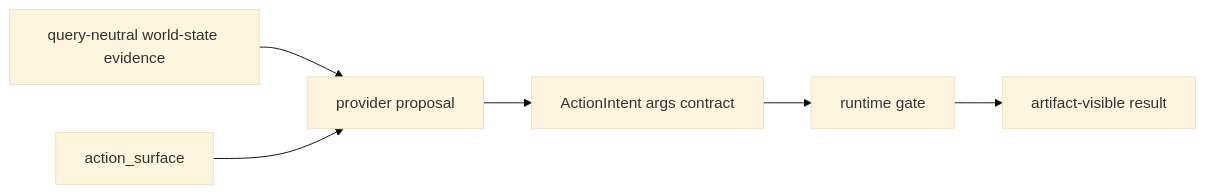
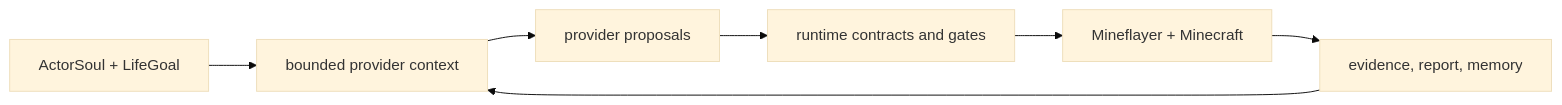
One commit to gigio1023/minecraft-llm-agent-community changed the first of 2 diagrams in README.md. Above: the diagram before and after it, drawn with Mermaid (base theme). The commit also changed other lines of this file and 188 other files, not shown here.

First line of the commit message:
[codex] Align runtime retry, docs, and observation context architecture (#29)

````diff
--- a/README.md
+++ b/README.md
@@ -101,15 +58,16 @@
 ```mermaid
 flowchart LR
-  Observation["query-neutral world-state evidence"]
-  Contract["ActionIntent args contract"]
-  Surface["action_surface"]
-  Provider["provider proposal"]
-  Runtime["runtime gate"]
-  Evidence["artifact-visible result"]
+  Soul["ActorSoul + LifeGoal"]
+  Context["bounded provider context"]
+  Provider["provider proposals"]
+  Runtime["runtime contracts and gates"]
+  Minecraft["Mineflayer + Minecraft"]
+  Evidence["evidence, report, memory"]
 
-  Observation --> Provider
-  Surface --> Provider
-  Provider --> Contract
-  Contract --> Runtime
-  Runtime --> Evidence
+  Soul --> Context
+  Evidence --> Context
+  Context --> Provider
+  Provider --> Runtime
+  Runtime --> Minecraft
+  Minecraft --> Evidence
 ```
````
